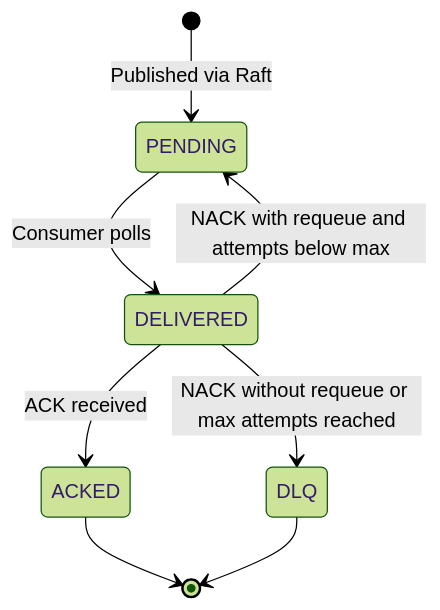
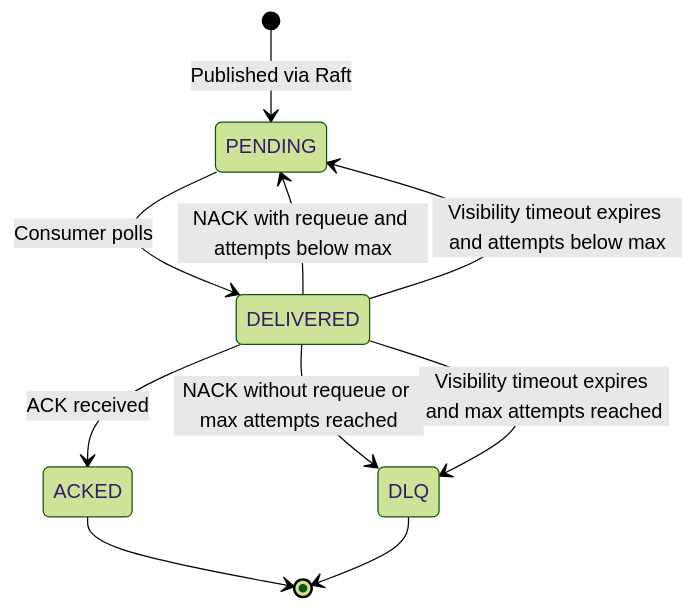
Before and after one commit to nadermedhet148/simpleMQ: the eighth of 9 diagrams in README.md, drawn with Mermaid (forest theme). The commit also changed other lines of this file and 8 other files, not shown here.

Commit message:
Add unit tests for visibility timeout functionality, implement visibility timeout-based message redelivery and DLQ handling, and enhance in-flight message tracking with expiration logic.

````diff
--- a/README.md
+++ b/README.md
@@ -384,10 +385,12 @@
 ```mermaid
 stateDiagram-v2
     [*] --> PENDING : Published via Raft
     PENDING --> DELIVERED : Consumer polls
     DELIVERED --> ACKED : ACK received
     DELIVERED --> PENDING : NACK with requeue and attempts below max
+    DELIVERED --> PENDING : Visibility timeout expires and attempts below max
     DELIVERED --> DLQ : NACK without requeue or max attempts reached
+    DELIVERED --> DLQ : Visibility timeout expires and max attempts reached
     ACKED --> [*]
     DLQ --> [*]
 ```
````
